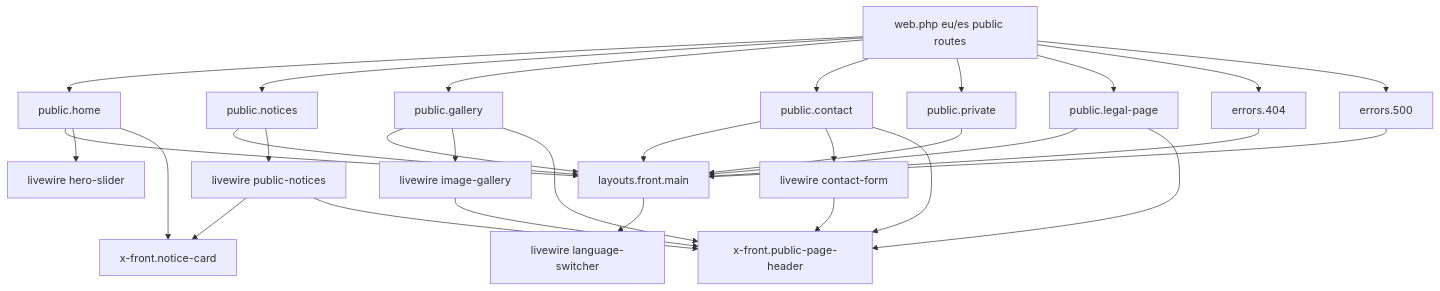
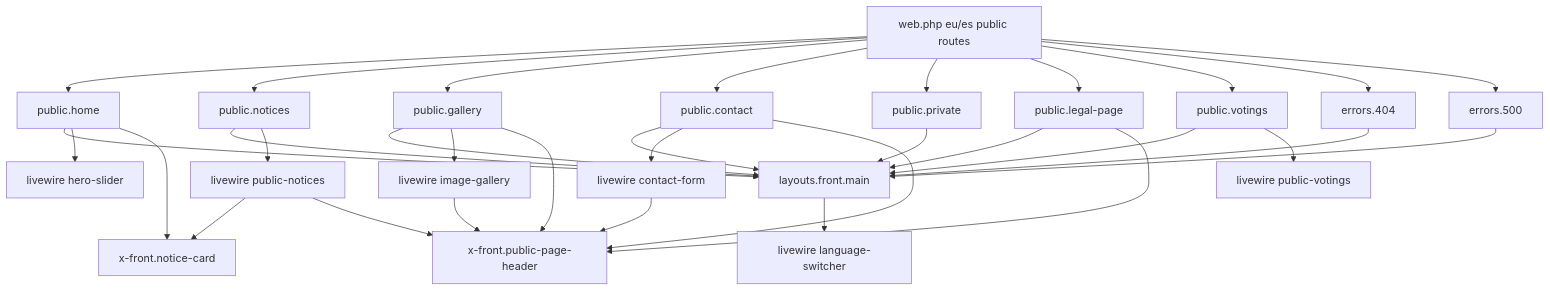
One commit to amaiagalvez/madaia33 changed the second of 5 diagrams in .github/skills/views-structure-mermaid/SKILL.md. Above: the diagram before and after it, drawn with Mermaid. The commit also changed other lines of this file and 43 other files, not shown here.

````diff
--- a/.github/skills/views-structure-mermaid/SKILL.md
+++ b/.github/skills/views-structure-mermaid/SKILL.md
@@ -42,35 +42,38 @@
 ```mermaid
 flowchart TD
     R1[web.php eu/es public routes] --> VPH[public.home]
     R1 --> VPN[public.notices]
     R1 --> VPG[public.gallery]
     R1 --> VPC[public.contact]
     R1 --> VPP[public.private]
     R1 --> VPL[public.legal-page]
+    R1 --> VPV[public.votings]
     R1 --> VE404[errors.404]
     R1 --> VE500[errors.500]
 
     VPH --> LF[layouts.front.main]
     VPN --> LF
     VPG --> LF
     VPC --> LF
     VPP --> LF
     VPL --> LF
+    VPV --> LF
     VE404 --> LF
     VE500 --> LF
 
     VPH --> LWH[livewire hero-slider]
     VPN --> LWN[livewire public-notices]
     VPG --> LWG[livewire image-gallery]
     VPC --> LWC[livewire contact-form]
+    VPV --> LWV[livewire public-votings]
     LF --> LWL[livewire language-switcher]
 
     VPH --> CFNC[x-front.notice-card]
     LWN --> CFNC
     VPL --> CFPH[x-front.public-page-header]
     VPC --> CFPH
     VPG --> CFPH
     LWN --> CFPH
     LWG --> CFPH
     LWC --> CFPH
 ```
````
